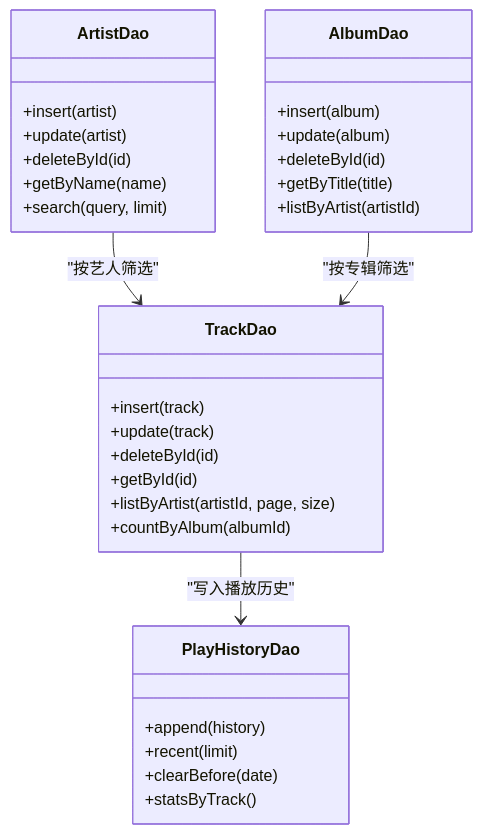
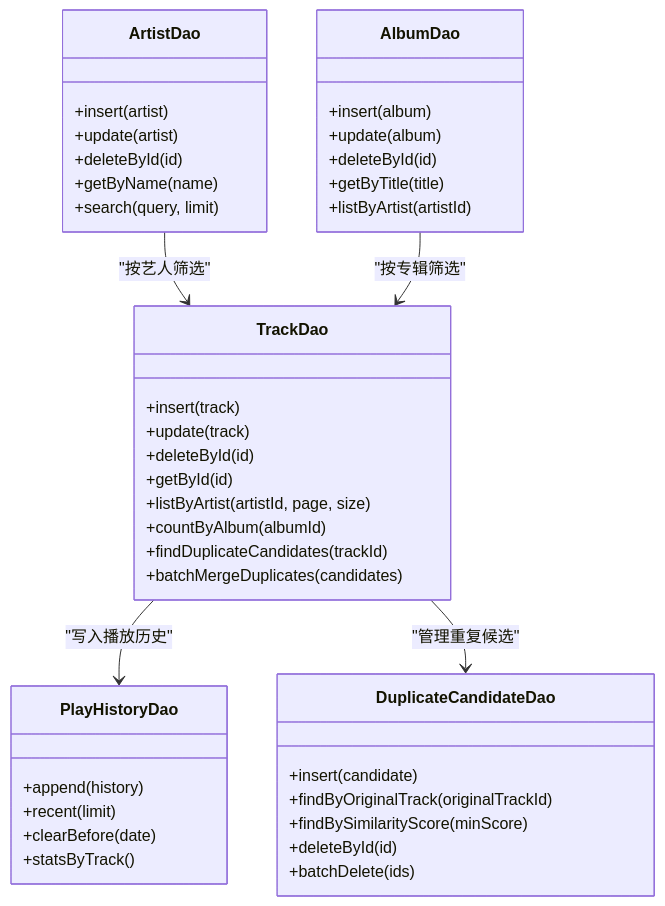
The fourth of 13 diagrams in .qoder/repowiki/zh/content/数据层/数据层.md (ysyhlly/Yukine-android), drawn with Mermaid before and after one commit. The commit also changed other lines of this file and 158 other files, not shown here.

````diff
--- a/.qoder/repowiki/zh/content/数据层/数据层.md
+++ b/.qoder/repowiki/zh/content/数据层/数据层.md
@@ -171,34 +215,44 @@
 ```mermaid
 classDiagram
 class TrackDao {
 +insert(track)
 +update(track)
 +deleteById(id)
 +getById(id)
 +listByArtist(artistId, page, size)
 +countByAlbum(albumId)
++findDuplicateCandidates(trackId)
++batchMergeDuplicates(candidates)
 }
 class ArtistDao {
 +insert(artist)
 +update(artist)
 +deleteById(id)
 +getByName(name)
 +search(query, limit)
 }
 class AlbumDao {
 +insert(album)
 +update(album)
 +deleteById(id)
 +getByTitle(title)
 +listByArtist(artistId)
 }
 class PlayHistoryDao {
 +append(history)
 +recent(limit)
 +clearBefore(date)
 +statsByTrack()
 }
+class DuplicateCandidateDao {
++insert(candidate)
++findByOriginalTrack(originalTrackId)
++findBySimilarityScore(minScore)
++deleteById(id)
++batchDelete(ids)
+}
 TrackDao --> PlayHistoryDao : "写入播放历史"
+TrackDao --> DuplicateCandidateDao : "管理重复候选"
 ArtistDao --> TrackDao : "按艺人筛选"
 AlbumDao --> TrackDao : "按专辑筛选"
 ```
````
